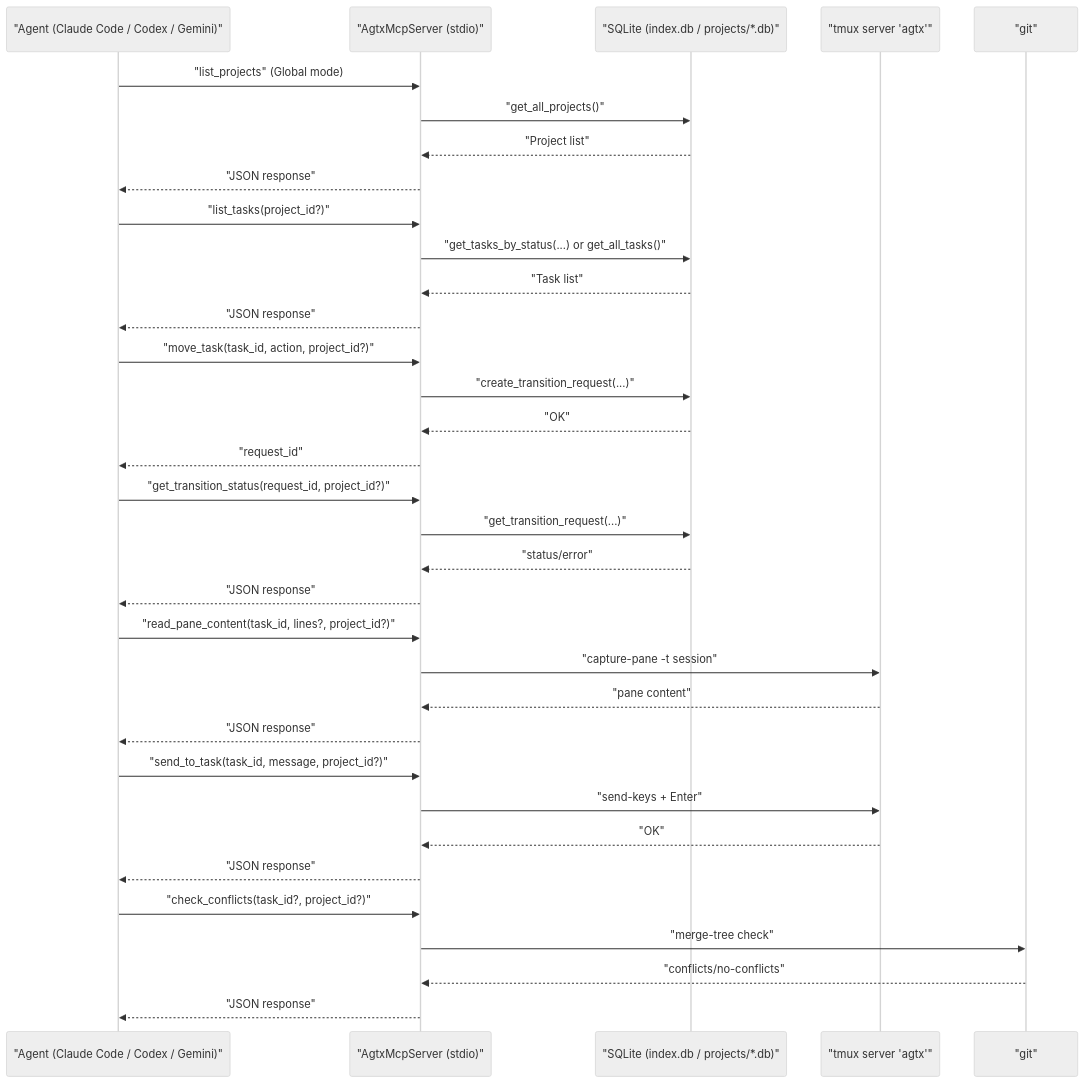
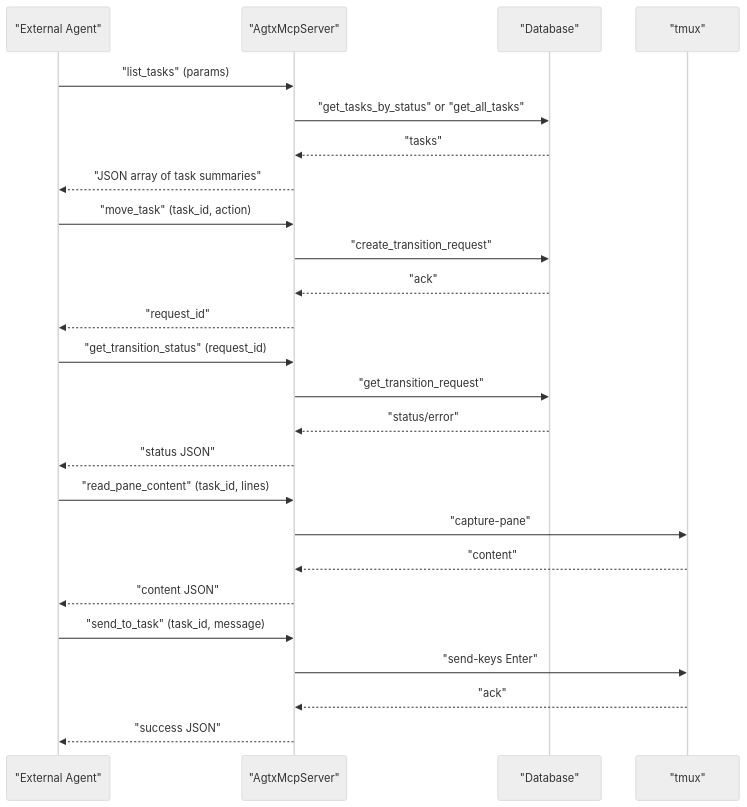
Before and after one commit to bramburn/agtx: the second of 5 diagrams in .qoder/repowiki/en/content/MCP Server/MCP Server.md, drawn with Mermaid (neutral theme). The commit also changed other lines of this file and 140 other files, not shown here.

````diff
--- a/.qoder/repowiki/en/content/MCP Server/MCP Server.md
+++ b/.qoder/repowiki/en/content/MCP Server/MCP Server.md
@@ -102,36 +89,27 @@
 ```mermaid
 sequenceDiagram
-participant Agent as "Agent (Claude Code / Codex / Gemini)"
-participant MCP as "AgtxMcpServer (stdio)"
-participant DB as "SQLite (index.db / projects/*.db)"
-participant TMUX as "tmux server 'agtx'"
-participant GIT as "git"
-Agent->>MCP : "list_projects" (Global mode)
-MCP->>DB : "get_all_projects()"
-DB-->>MCP : "Project list"
-MCP-->>Agent : "JSON response"
-Agent->>MCP : "list_tasks(project_id?)"
-MCP->>DB : "get_tasks_by_status(...) or get_all_tasks()"
-DB-->>MCP : "Task list"
-MCP-->>Agent : "JSON response"
-Agent->>MCP : "move_task(task_id, action, project_id?)"
-MCP->>DB : "create_transition_request(...)"
-DB-->>MCP : "OK"
+participant Agent as "External Agent"
+participant MCP as "AgtxMcpServer"
+participant DB as "Database"
+participant TMUX as "tmux"
+Agent->>MCP : "list_tasks" (params)
+MCP->>DB : "get_tasks_by_status" or "get_all_tasks"
+DB-->>MCP : "tasks"
+MCP-->>Agent : "JSON array of task summaries"
+Agent->>MCP : "move_task" (task_id, action)
+MCP->>DB : "create_transition_request"
+DB-->>MCP : "ack"
 MCP-->>Agent : "request_id"
-Agent->>MCP : "get_transition_status(request_id, project_id?)"
-MCP->>DB : "get_transition_request(...)"
+Agent->>MCP : "get_transition_status" (request_id)
+MCP->>DB : "get_transition_request"
 DB-->>MCP : "status/error"
-MCP-->>Agent : "JSON response"
-Agent->>MCP : "read_pane_content(task_id, lines?, project_id?)"
-MCP->>TMUX : "capture-pane -t session"
-TMUX-->>MCP : "pane content"
-MCP-->>Agent : "JSON response"
-Agent->>MCP : "send_to_task(task_id, message, project_id?)"
-MCP->>TMUX : "send-keys + Enter"
-TMUX-->>MCP : "OK"
-MCP-->>Agent : "JSON response"
-Agent->>MCP : "check_conflicts(task_id?, project_id?)"
-MCP->>GIT : "merge-tree check"
-GIT-->>MCP : "conflicts/no-conflicts"
-MCP-->>Agent : "JSON response"
+MCP-->>Agent : "status JSON"
+Agent->>MCP : "read_pane_content" (task_id, lines)
+MCP->>TMUX : "capture-pane"
+TMUX-->>MCP : "content"
+MCP-->>Agent : "content JSON"
+Agent->>MCP : "send_to_task" (task_id, message)
+MCP->>TMUX : "send-keys Enter"
+TMUX-->>MCP : "ack"
+MCP-->>Agent : "success JSON"
 ```
````
